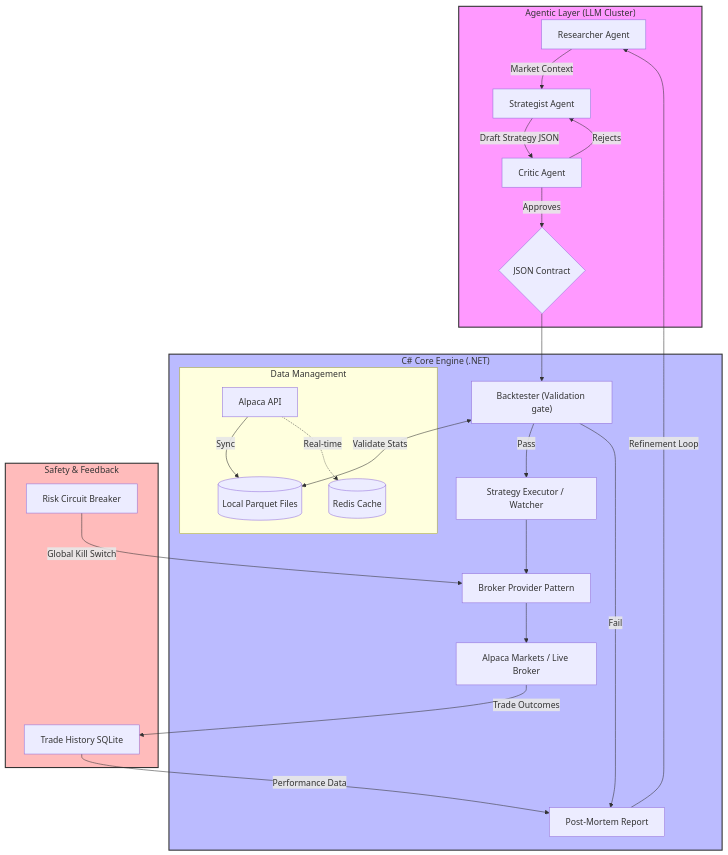
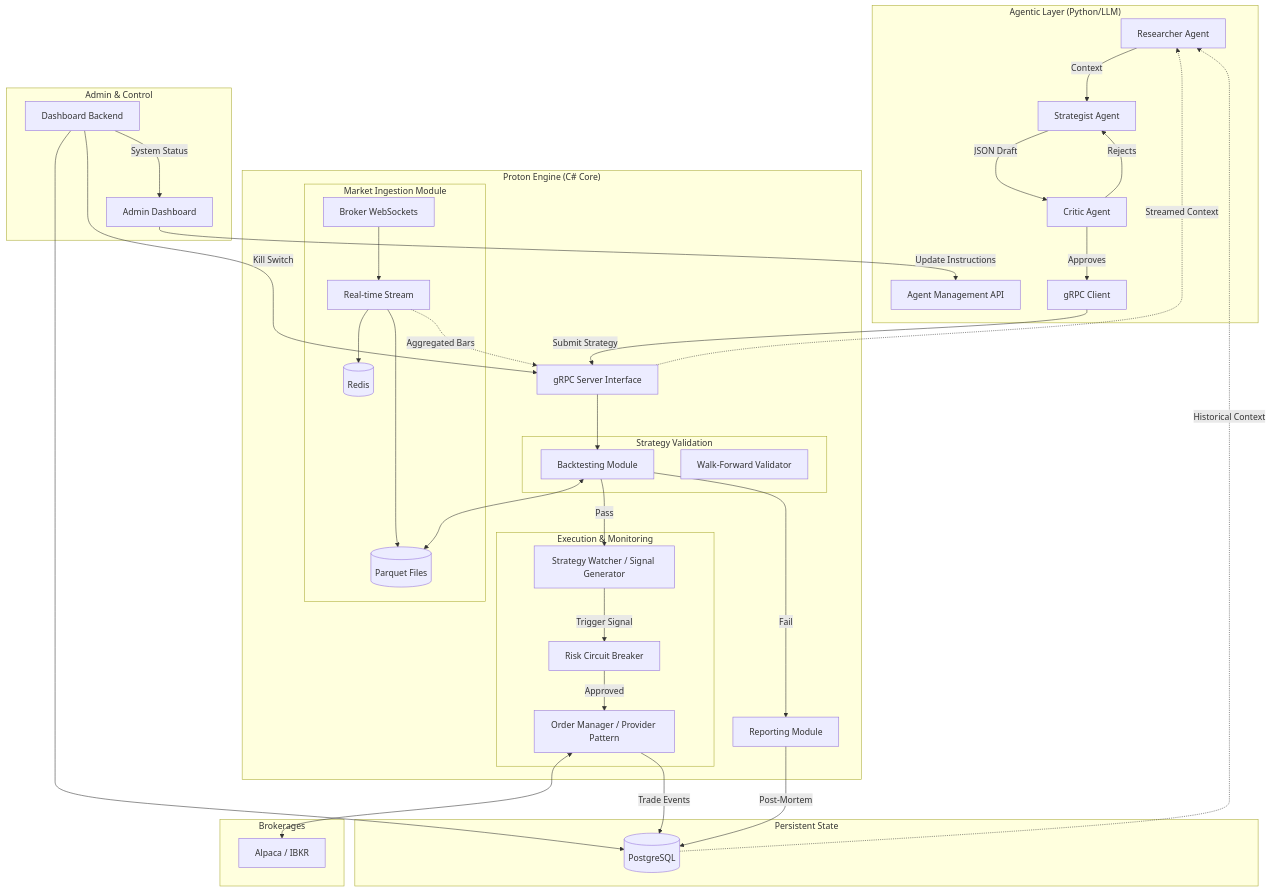
The diagram in docs/design_documentation.md (brvndon-do/proton), drawn with Mermaid before and after one commit. The commit also changed other lines of this file and 6 other files, not shown here.

Commit message:
updated doc; added new project for market ingestion; added modules to apphost

````diff
--- a/docs/design_documentation.md
+++ b/docs/design_documentation.md
@@ -70,39 +83,74 @@
 ```mermaid
 graph TD
+    subgraph AgenticLayer ["Agentic Layer (Python/LLM)"]
+        A[Researcher Agent] -->|Context| B[Strategist Agent]
+        B -->|JSON Draft| C[Critic Agent]
+        C -- Rejects --> B
+        C -- Approves --> D[gRPC Client]
+        
+        AgenticAPI["Agent Management API"]
+    end
 
-subgraph Agentic_Layer ["Agentic Layer (LLM Cluster)"]
-	A[Researcher Agent] -->|Market Context| B[Strategist Agent]
-	B -->|Draft Strategy JSON| C[Critic Agent]
-	C -- Rejects --> B
-	C -- Approves --> D{JSON Contract}
-end
+    subgraph TradingEngine ["Proton Engine (C# Core)"]
+        G_Srv["gRPC Server Interface"]
+        
+        subgraph Ingestion ["Market Ingestion Module"]
+            M_Socket[Broker WebSockets] --> Live_Feed[Real-time Stream]
+            Live_Feed --> Cache[(Redis)]
+            Live_Feed --> P_Storage[(Parquet Files)]
+        end
 
-subgraph Trading_Engine ["C# Core Engine (.NET)"]
-	D --> E["Backtester (Validation gate)"]
+        subgraph Validation ["Strategy Validation"]
+            BT[Backtesting Module]
+            WF[Walk-Forward Validator]
+            BT <--> P_Storage
+        end
 
-	subgraph Data_Layer ["Data Management"]
-		F[(Local Parquet Files)]
-		G[(Redis Cache)]
-		H[Alpaca API]
-		H -->|Sync| F	
-		H -.->|Real-time| G
-	end
+        subgraph Execution ["Execution & Monitoring"]
+            Watcher[Strategy Watcher / Signal Generator]
+            Risk[Risk Circuit Breaker]
+            OrderMgr[Order Manager / Provider Pattern]
+        end
 
-	E <-->|Validate Stats| F
-	E -- Pass --> I[Strategy Executor / Watcher]
-	E -- Fail --> J[Post-Mortem Report]
-	I --> K[Broker Provider Pattern]
-	K --> L[Alpaca Markets / Live Broker]
-end
+        Reporting[Reporting Module]
+    end
 
-subgraph Risk_Monitoring ["Safety & Feedback"]
-	M[Risk Circuit Breaker] -->|Global Kill Switch| K
-	L -->|Trade Outcomes| N[Trade History SQLite]
-	N -->|Performance Data| J
-	J -->|Refinement Loop| A
-end
+    subgraph Storage ["Persistent State"]
+        DB[(PostgreSQL)]
+    end
 
-style Agentic_Layer fill:#f9f,stroke:#333,stroke-width:2px
-style Trading_Engine fill:#bbf,stroke:#333,stroke-width:2px
-style Risk_Monitoring fill:#fbb,stroke:#333,stroke-width:2px
+    subgraph Dashboard ["Admin & Control"]
+        Admin[Admin Dashboard]
+        DashAPI[Dashboard Backend]
+    end
+
+    subgraph Brokerages
+        Alpaca[Alpaca / IBKR]
+    end
+
+    %% Flow: Market Data to Agents
+    Live_Feed -.->|Aggregated Bars| G_Srv
+    G_Srv -.->|Streamed Context| A
+
+    %% Flow: Strategy Proposal
+    D -->|Submit Strategy| G_Srv
+    G_Srv --> BT
+    BT -- "Pass" --> Watcher
+    BT -- "Fail" --> Reporting
+
+    %% Flow: The Trading Process (The 'Black Box')
+    Watcher -->|Trigger Signal| Risk
+    Risk -->|Approved| OrderMgr
+    OrderMgr <--> Alpaca
+
+    %% State Management & Feedback
+    OrderMgr -->|Trade Events| DB
+    Reporting -->|Post-Mortem| DB
+    DB -.->|Historical Context| A
+    
+    %% Admin Control
+    DashAPI --> DB
+    DashAPI -- "Kill Switch" --> G_Srv
+    Admin -- "Update Instructions" --> AgenticAPI
+    DashAPI -- "System Status" --> Admin
 ```
````
